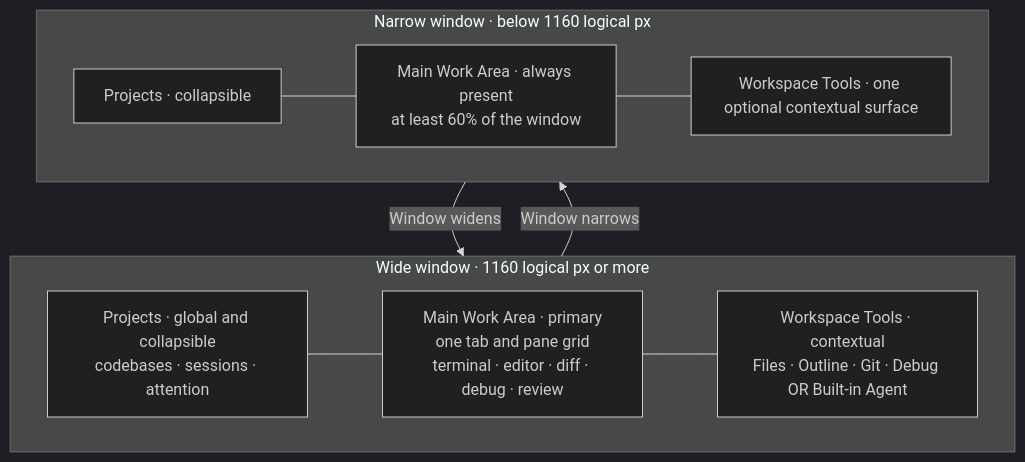
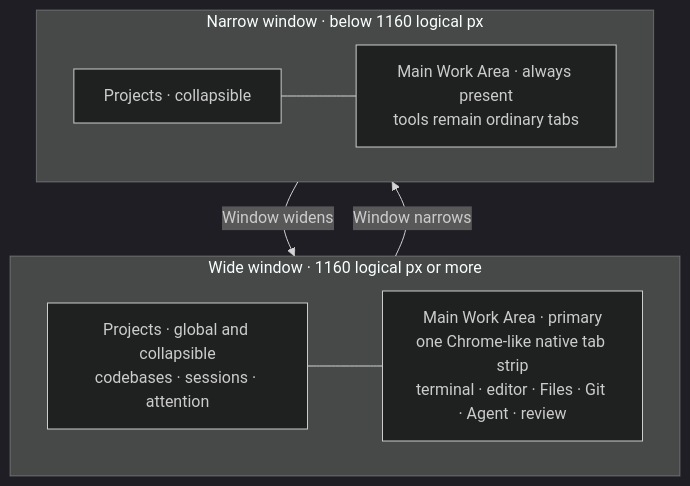
Before and after one commit to Oreoro/dez: the first of 3 diagrams in docs/src/development/dez/fork-notes.md, drawn with Mermaid (dark theme). The commit also changed other lines of this file and 16 other files, not shown here.

Commit message:
Use native tabs and repair external sessions

````diff
--- a/docs/src/development/dez/fork-notes.md
+++ b/docs/src/development/dez/fork-notes.md
@@ -75,21 +74,19 @@
 ```mermaid
 flowchart TB
     subgraph WIDE["Wide window · 1160 logical px or more"]
         direction LR
         WP["Projects · global and collapsible<br/>codebases · sessions · attention"]
-        WM["Main Work Area · primary<br/>one tab and pane grid<br/>terminal · editor · diff · debug · review"]
-        WT["Workspace Tools · contextual<br/>Files · Outline · Git · Debug OR Built-in Agent"]
-        WP --- WM --- WT
+        WM["Main Work Area · primary<br/>one Chrome-like native tab strip<br/>terminal · editor · Files · Git · Agent · review"]
+        WP --- WM
     end
 
     subgraph NARROW["Narrow window · below 1160 logical px"]
         direction LR
         FP["Projects · collapsible"]
-        FM["Main Work Area · always present<br/>at least 60% of the window"]
-        FT["Workspace Tools · one optional contextual surface"]
-        FP --- FM --- FT
+        FM["Main Work Area · always present<br/>tools remain ordinary tabs"]
+        FP --- FM
     end
 
     WIDE -->|Window narrows| NARROW
     NARROW -->|Window widens| WIDE
 ```
````
